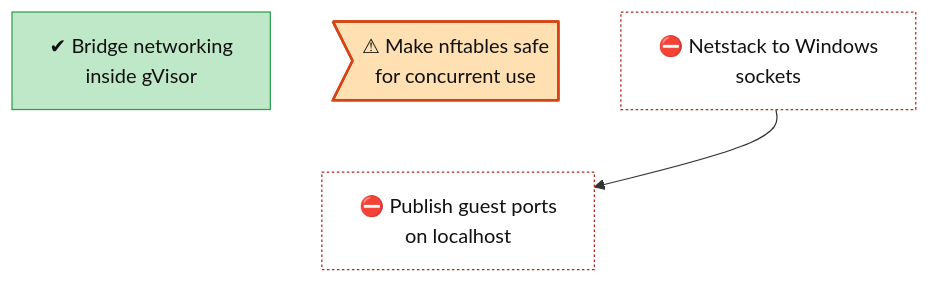
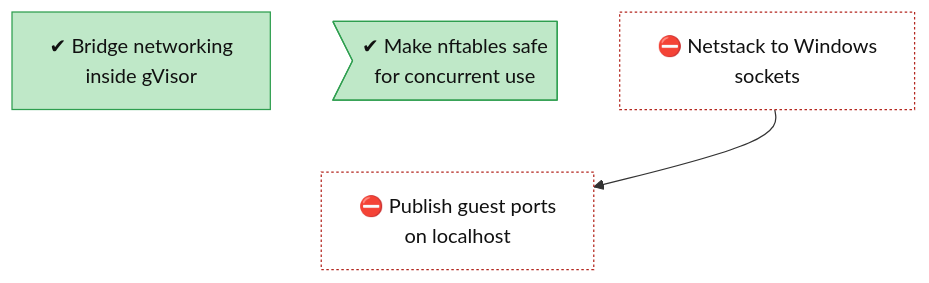
Before and after one commit to lhns/gvisor-windows: the diagram in docs/roadmap/tracks/net.md, drawn with Mermaid. The commit also changed other lines of this file and 3 other files, not shown here.

Commit message:
Record the nftables safety result (1n), close net-nftables-thread-safety

````diff
--- a/docs/roadmap/tracks/net.md
+++ b/docs/roadmap/tracks/net.md
@@ -10,28 +10,27 @@
 ```mermaid
 flowchart TB
     net_bridge_networking["✔ Bridge networking<br/>inside gVisor"]
-    net_nftables_thread_safety>"⚠ Make nftables safe<br/>for concurrent use"]
+    net_nftables_thread_safety>"✔ Make nftables safe<br/>for concurrent use"]
     net_netstack_windows_link["⛔ Netstack to Windows<br/>sockets"]
     net_port_forwarding["⛔ Publish guest ports<br/>on localhost"]
     net_bridge_networking ~~~ net_port_forwarding
     net_nftables_thread_safety ~~~ net_port_forwarding
     net_netstack_windows_link ~~~ net_port_forwarding
     net_netstack_windows_link --> net_port_forwarding
     classDef vsucc fill:#2e9e4f,stroke:#1b6b34,color:#fff
     classDef succ fill:#bfe8c8,stroke:#2e9e4f,color:#111
     classDef mixed fill:#ffd37a,stroke:#c98a00,color:#111
     classDef bad fill:#f28b82,stroke:#b3261e,color:#111
     classDef dead fill:#e6e6e6,stroke:#777,stroke-dasharray:5 5,color:#555
     classDef inprog fill:#a8cdf5,stroke:#1f6fc5,color:#111
     classDef next fill:#fff,stroke:#333,color:#111
     classDef blocked fill:#fff,stroke:#b3261e,stroke-dasharray:2 2,color:#111
     classDef parked fill:#f3f3f3,stroke:#999,color:#555
     classDef unrated fill:#fff,stroke:#333,stroke-dasharray:1 3,color:#111
     classDef gate fill:#d9c2f0,stroke:#7b3fb5,color:#111
     classDef decided fill:#ece0f7,stroke:#7b3fb5,stroke-dasharray:2 2,color:#111
     classDef finding fill:#ffe0b2,stroke:#d84315,stroke-width:2px,color:#111
     classDef waiting fill:#e3f2fd,stroke:#1f6fc5,stroke-dasharray:5 5,color:#111
-    class net_bridge_networking succ
-    class net_nftables_thread_safety finding
+    class net_bridge_networking,net_nftables_thread_safety succ
     class net_netstack_windows_link,net_port_forwarding blocked
 ```
````
